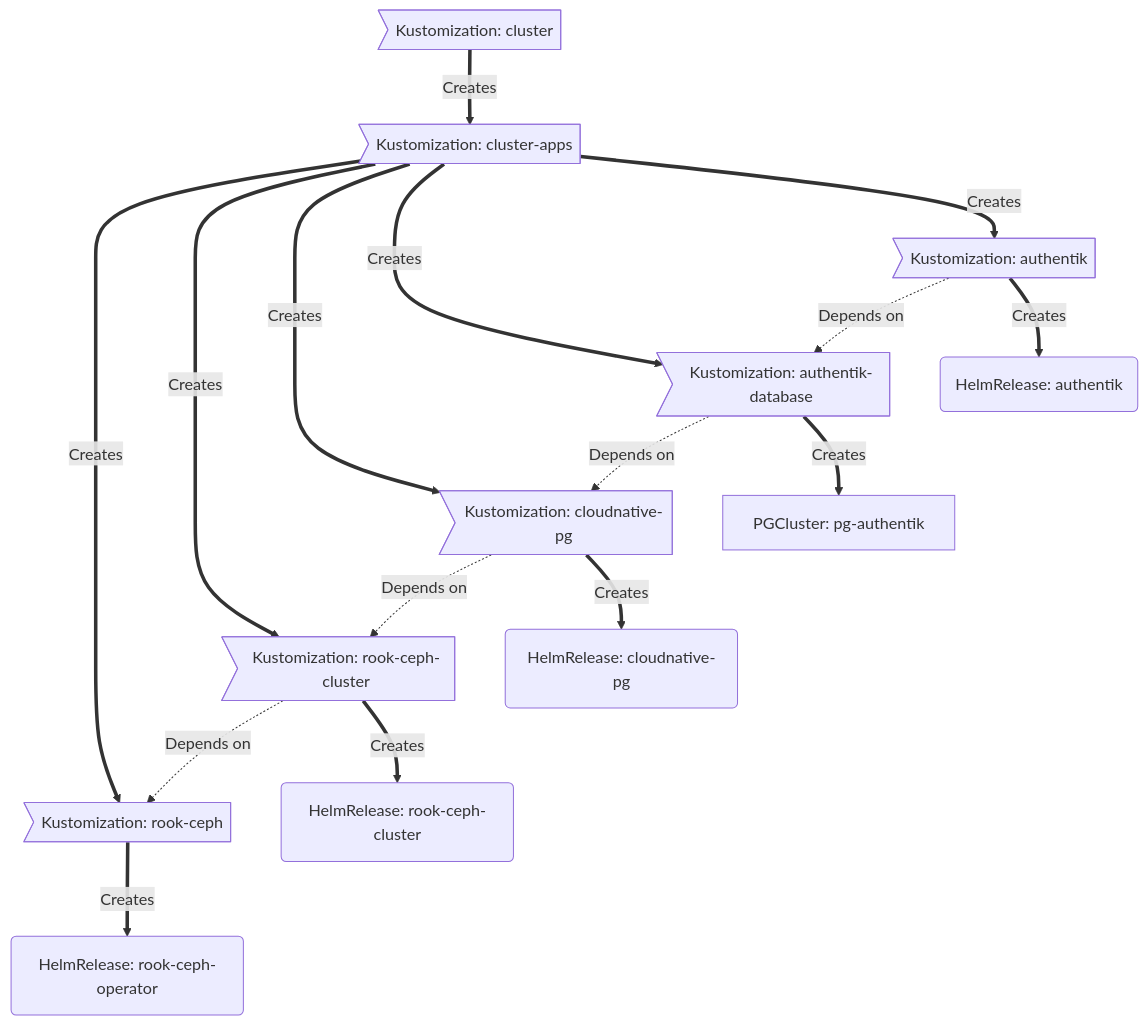
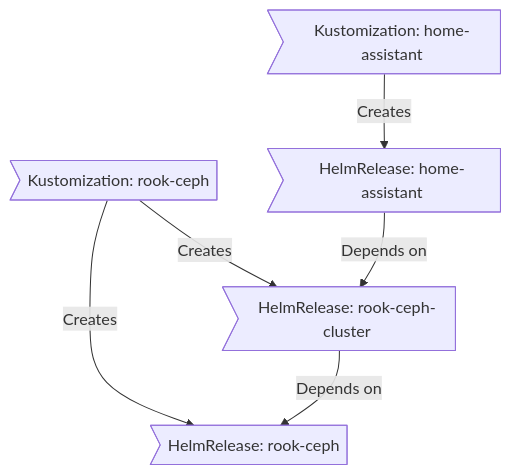
Before and after one commit to dmfrey/home-gitops: the diagram in README.md, drawn with Mermaid. The commit also changed other lines of this file, not shown here.

````diff
--- a/README.md
+++ b/README.md
@@ -79,18 +87,8 @@
 ```mermaid
-flowchart TD
-  id01>Kustomization: cluster] ==>|Creates| id02>Kustomization: cluster-apps]
-  id02 ==>|Creates| id06>Kustomization: rook-ceph]
-  id02 ==>|Creates| id07>Kustomization: rook-ceph-cluster]
-  id02 ==>|Creates| id08>Kustomization: cloudnative-pg]
-  id02 ==>|Creates| id09>Kustomization: authentik-database]
-  id02 ==>|Creates| id10>Kustomization: authentik]
-  id06 ==>|Creates| id11(HelmRelease: rook-ceph-operator)
-  id07 -.->|Depends on| id06
-  id07 ==>|Creates| id12(HelmRelease: rook-ceph-cluster)
-  id08 -.->|Depends on| id07
-  id08 ==>|Creates| id13(HelmRelease: cloudnative-pg)
-  id09 -.->|Depends on| id08
-  id09 ==>|Creates| id14[PGCluster: pg-authentik]
-  id10 -.->|Depends on| id09
-  id10 ==>|Creates| id15(HelmRelease: authentik)
+graph TD
+    A>Kustomization: rook-ceph] -->|Creates| B[HelmRelease: rook-ceph]
+    A>Kustomization: rook-ceph] -->|Creates| C[HelmRelease: rook-ceph-cluster]
+    C>HelmRelease: rook-ceph-cluster] -->|Depends on| B>HelmRelease: rook-ceph]
+    D>Kustomization: home-assistant] -->|Creates| E(HelmRelease: home-assistant)
+    E>HelmRelease: home-assistant] -->|Depends on| C>HelmRelease: rook-ceph-cluster]
 ```
````
